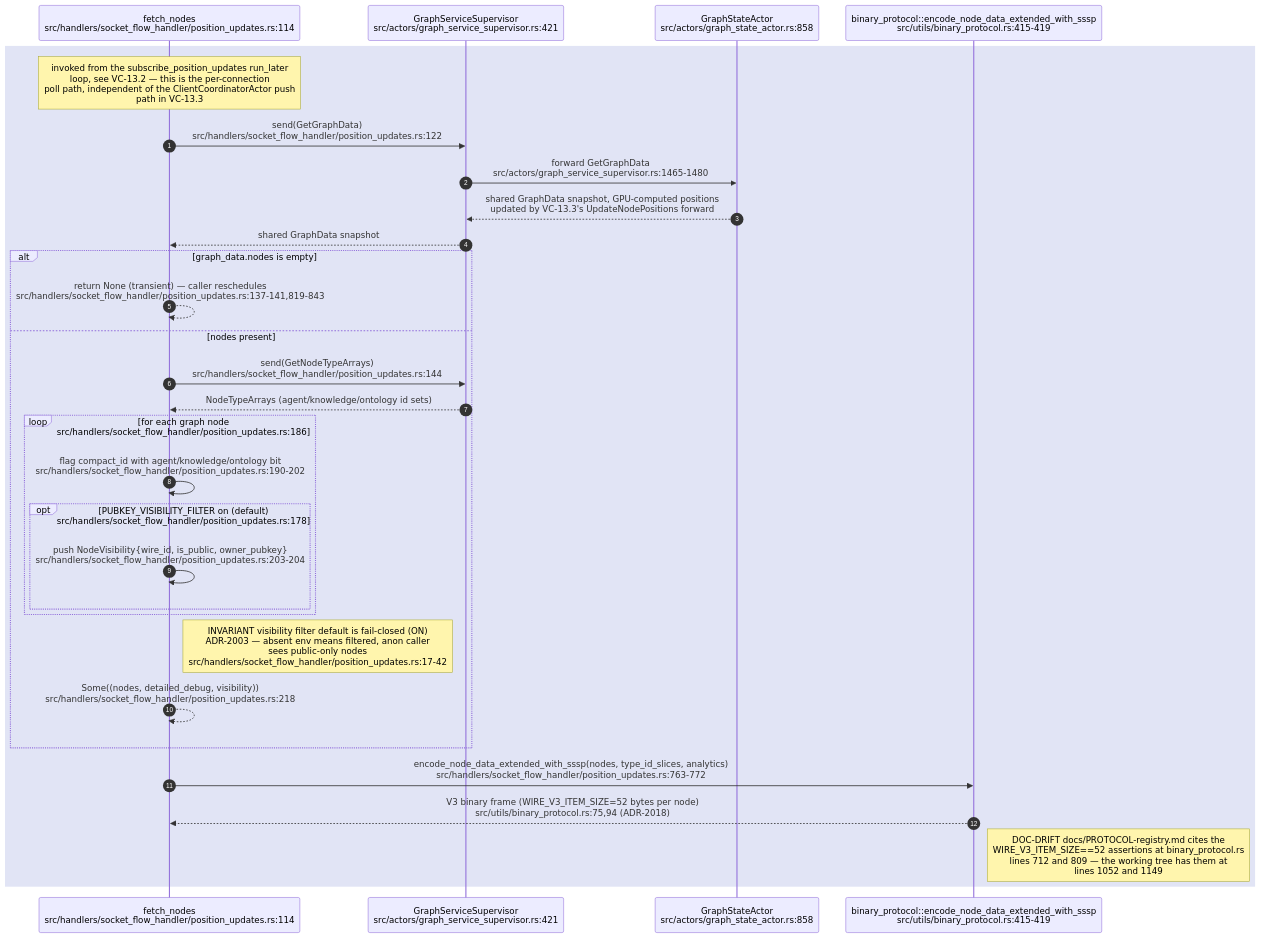
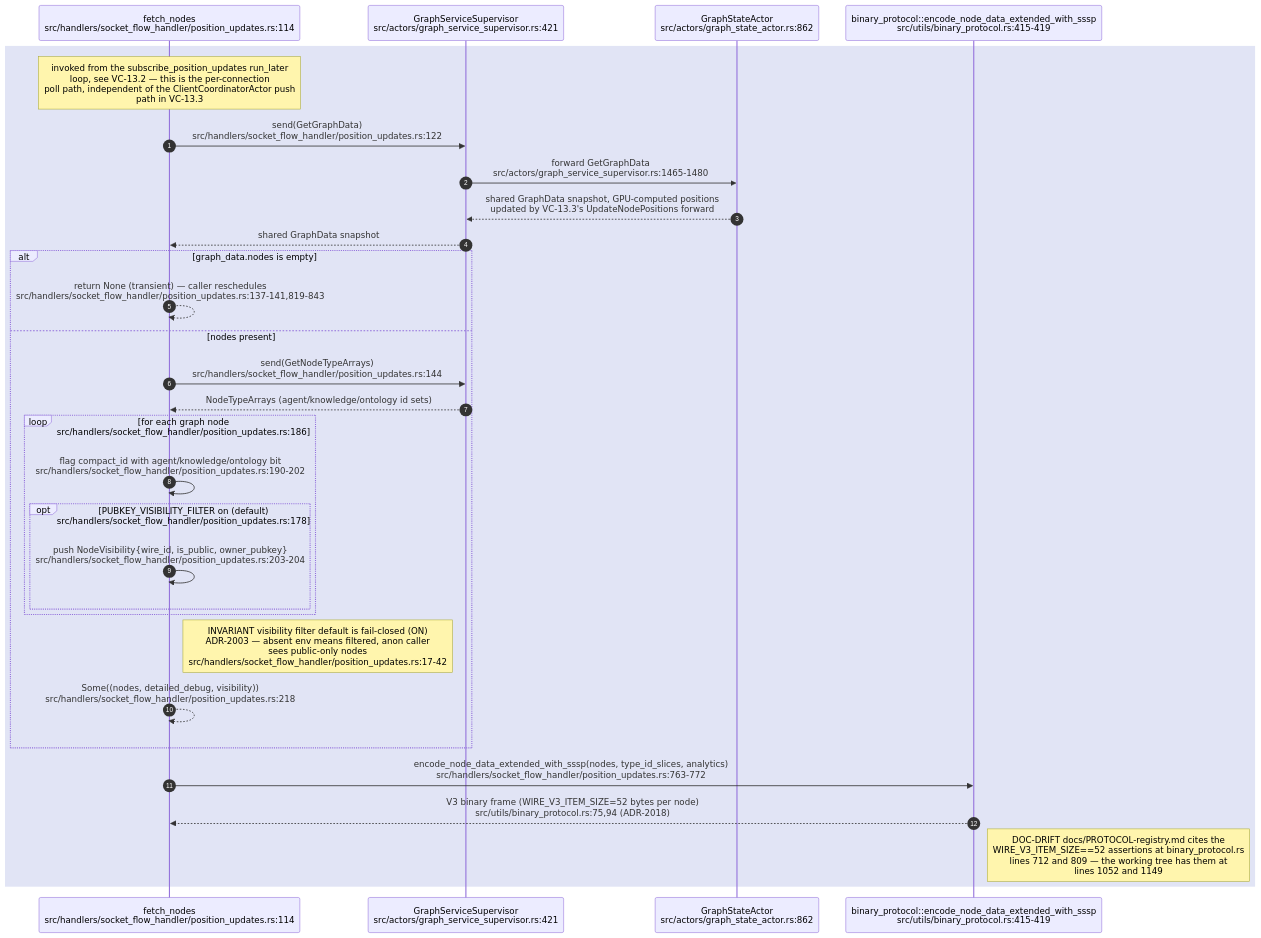
One commit to DreamLab-AI/VisionFlow changed the sixth of 7 diagrams in docs/diagrams/visionclaw/13-broadcast-pipeline-and-websocket.md. Above: the diagram before and after it, drawn with Mermaid. The commit also changed other lines of this file and 111 other files, not shown here.

Commit message:
docs(diagrams): align estate maps with current source

````diff
--- a/docs/diagrams/visionclaw/13-broadcast-pipeline-and-websocket.md
+++ b/docs/diagrams/visionclaw/13-broadcast-pipeline-and-websocket.md
@@ -355,33 +355,33 @@
 ```mermaid
 sequenceDiagram
     autonumber
     participant PU as fetch_nodes<br/>src/handlers/socket_flow_handler/position_updates.rs:114
     participant GSS as GraphServiceSupervisor<br/>src/actors/graph_service_supervisor.rs:421
-    participant GSA as GraphStateActor<br/>src/actors/graph_state_actor.rs:858
+    participant GSA as GraphStateActor<br/>src/actors/graph_state_actor.rs:862
     participant BIN as binary_protocol::encode_node_data_extended_with_sssp<br/>src/utils/binary_protocol.rs:415-419
 
     rect rgb(225,228,245)
     Note over PU: invoked from the subscribe_position_updates run_later<br/>loop, see VC-13.2 — this is the per-connection<br/>poll path, independent of the ClientCoordinatorActor push<br/>path in VC-13.3
     PU->>GSS: send(GetGraphData)<br/>src/handlers/socket_flow_handler/position_updates.rs:122
     GSS->>GSA: forward GetGraphData<br/>src/actors/graph_service_supervisor.rs:1465-1480
     GSA-->>GSS: shared GraphData snapshot, GPU-computed positions<br/>updated by VC-13.3's UpdateNodePositions forward
     GSS-->>PU: shared GraphData snapshot
     alt graph_data.nodes is empty
         PU-->>PU: return None (transient) — caller reschedules<br/>src/handlers/socket_flow_handler/position_updates.rs:137-141,819-843
     else nodes present
         PU->>GSS: send(GetNodeTypeArrays)<br/>src/handlers/socket_flow_handler/position_updates.rs:144
         GSS-->>PU: NodeTypeArrays (agent/knowledge/ontology id sets)
         loop for each graph node<br/>src/handlers/socket_flow_handler/position_updates.rs:186
             PU->>PU: flag compact_id with agent/knowledge/ontology bit<br/>src/handlers/socket_flow_handler/position_updates.rs:190-202
             opt PUBKEY_VISIBILITY_FILTER on (default)<br/>src/handlers/socket_flow_handler/position_updates.rs:178
                 PU->>PU: push NodeVisibility{wire_id, is_public, owner_pubkey}<br/>src/handlers/socket_flow_handler/position_updates.rs:203-204
             end
         end
         Note right of PU: INVARIANT visibility filter default is fail-closed (ON)<br/>ADR-2003 — absent env means filtered, anon caller<br/>sees public-only nodes<br/>src/handlers/socket_flow_handler/position_updates.rs:17-42
         PU-->>PU: Some((nodes, detailed_debug, visibility))<br/>src/handlers/socket_flow_handler/position_updates.rs:218
     end
     PU->>BIN: encode_node_data_extended_with_sssp(nodes, type_id_slices, analytics)<br/>src/handlers/socket_flow_handler/position_updates.rs:763-772
     BIN-->>PU: V3 binary frame (WIRE_V3_ITEM_SIZE=52 bytes per node)<br/>src/utils/binary_protocol.rs:75,94 (ADR-2018)
     Note right of BIN: DOC-DRIFT docs/PROTOCOL-registry.md cites the<br/>WIRE_V3_ITEM_SIZE==52 assertions at binary_protocol.rs<br/>lines 712 and 809 — the working tree has them at<br/>lines 1052 and 1149
     end
 ```
````
